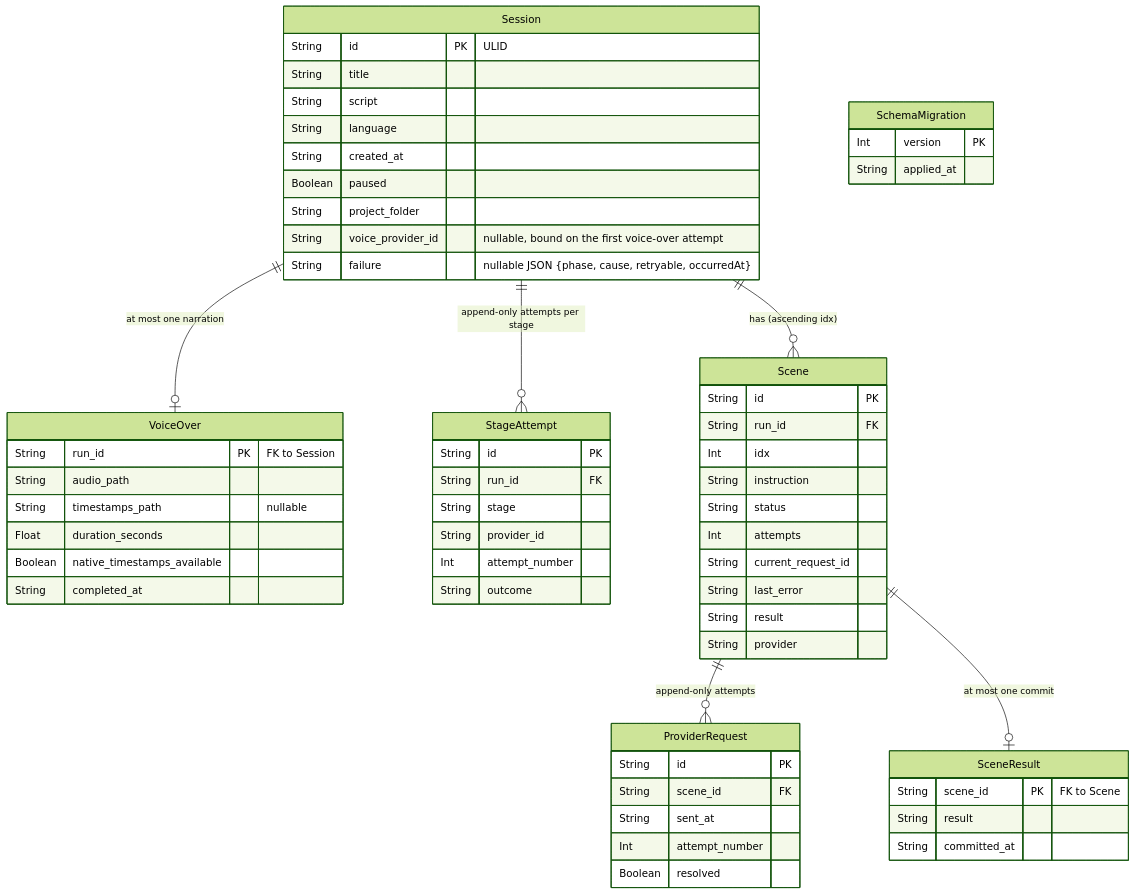
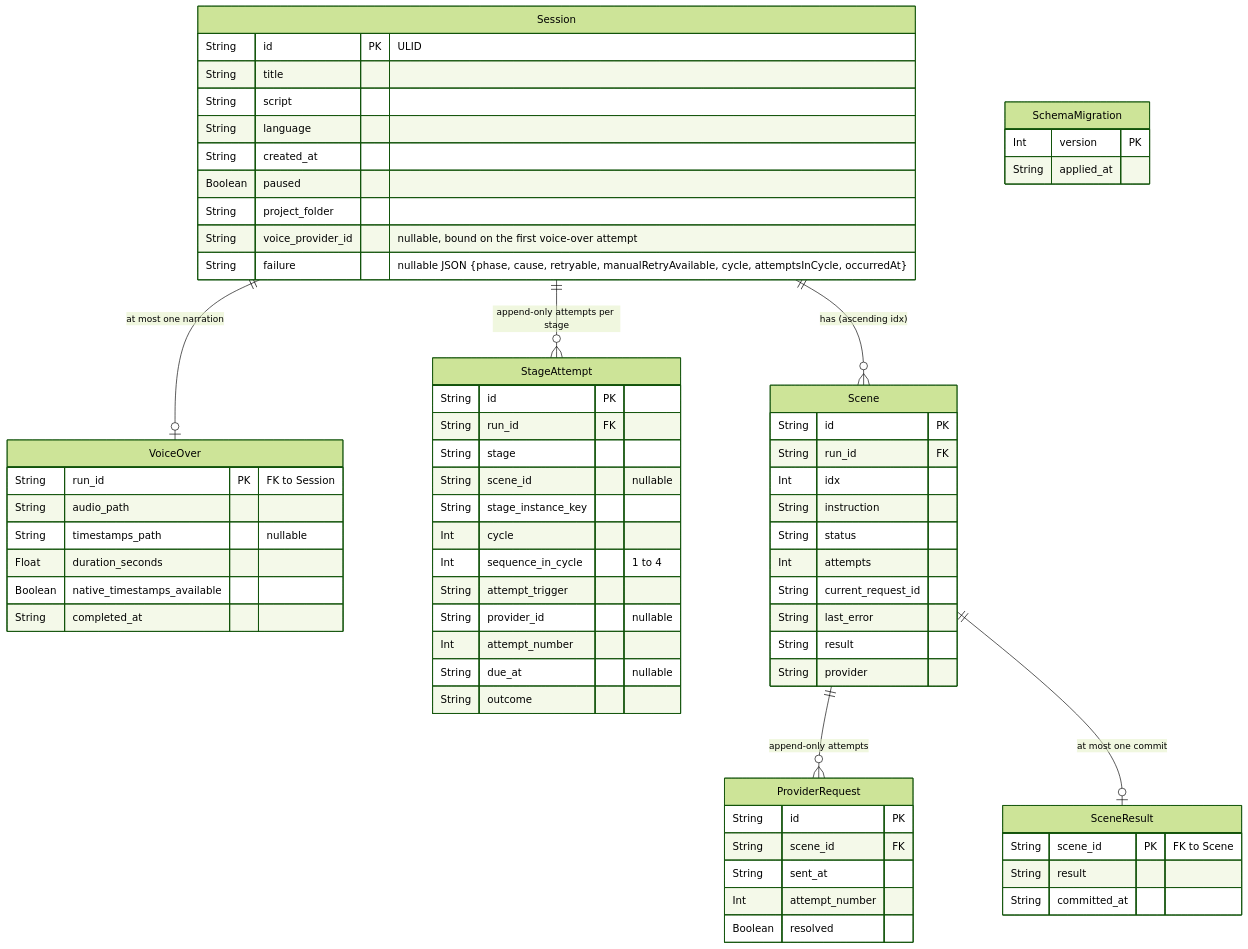
One commit to TonyMElguezabal/AI4Devs-finalproject changed the diagram in docs/data-model.md. Above: the diagram before and after it, drawn with Mermaid (forest theme). The commit also changed other lines of this file and 4 other files, not shown here.

First line of the commit message:
JOS-184: Document attempts, cycles and the failure fields and pin the retry constants (group 11)

````diff
--- a/docs/data-model.md
+++ b/docs/data-model.md
@@ -175,64 +175,70 @@
 ```mermaid
 erDiagram
     Session {
         String id PK "ULID"
         String title
         String script
         String language
         String created_at
         Boolean paused
         String project_folder
         String voice_provider_id "nullable, bound on the first voice-over attempt"
-        String failure "nullable JSON {phase, cause, retryable, occurredAt}"
+        String failure "nullable JSON {phase, cause, retryable, manualRetryAvailable, cycle, attemptsInCycle, occurredAt}"
     }
     VoiceOver {
         String run_id PK "FK to Session"
         String audio_path
         String timestamps_path "nullable"
         Float duration_seconds
         Boolean native_timestamps_available
         String completed_at
     }
     StageAttempt {
         String id PK
         String run_id FK
         String stage
-        String provider_id
+        String scene_id "nullable"
+        String stage_instance_key
+        Int cycle
+        Int sequence_in_cycle "1 to 4"
+        String attempt_trigger
+        String provider_id "nullable"
         Int attempt_number
+        String due_at "nullable"
         String outcome
     }
     Scene {
         String id PK
         String run_id FK
         Int idx
         String instruction
         String status
         Int attempts
         String current_request_id
         String last_error
         String result
         String provider
     }
     ProviderRequest {
         String id PK
         String scene_id FK
         String sent_at
         Int attempt_number
         Boolean resolved
     }
     SceneResult {
         String scene_id PK "FK to Scene"
         String result
         String committed_at
     }
     SchemaMigration {
         Int version PK
         String applied_at
     }
 
     Session ||--o{ Scene : "has (ascending idx)"
     Session ||--o| VoiceOver : "at most one narration"
     Session ||--o{ StageAttempt : "append-only attempts per stage"
     Scene ||--o{ ProviderRequest : "append-only attempts"
     Scene ||--o| SceneResult : "at most one commit"
 ```
````
